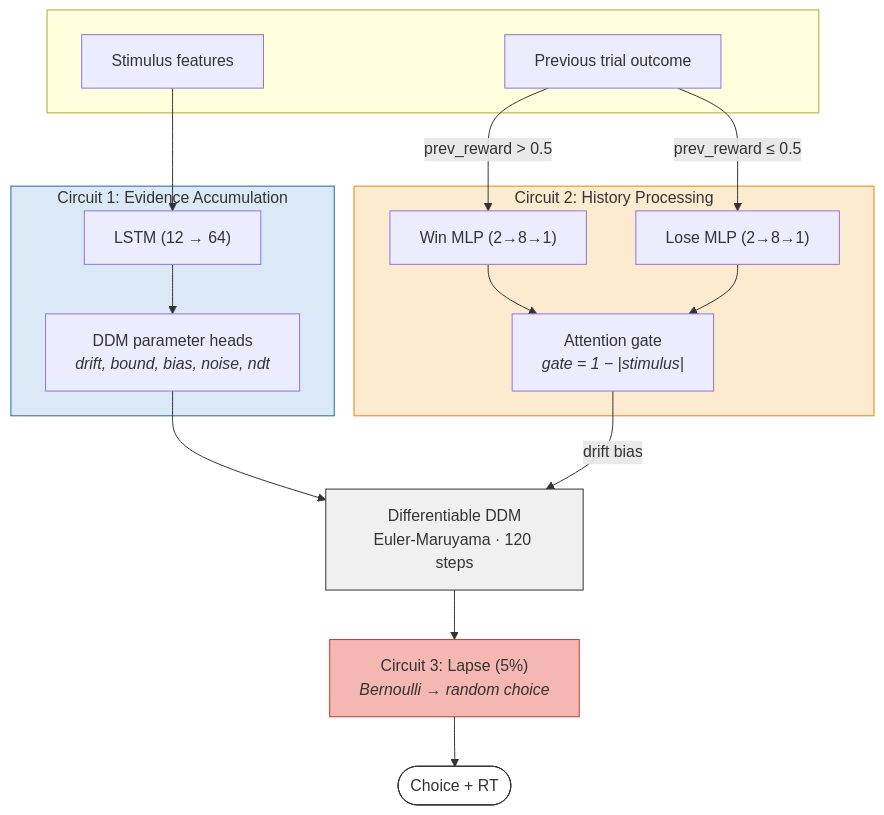
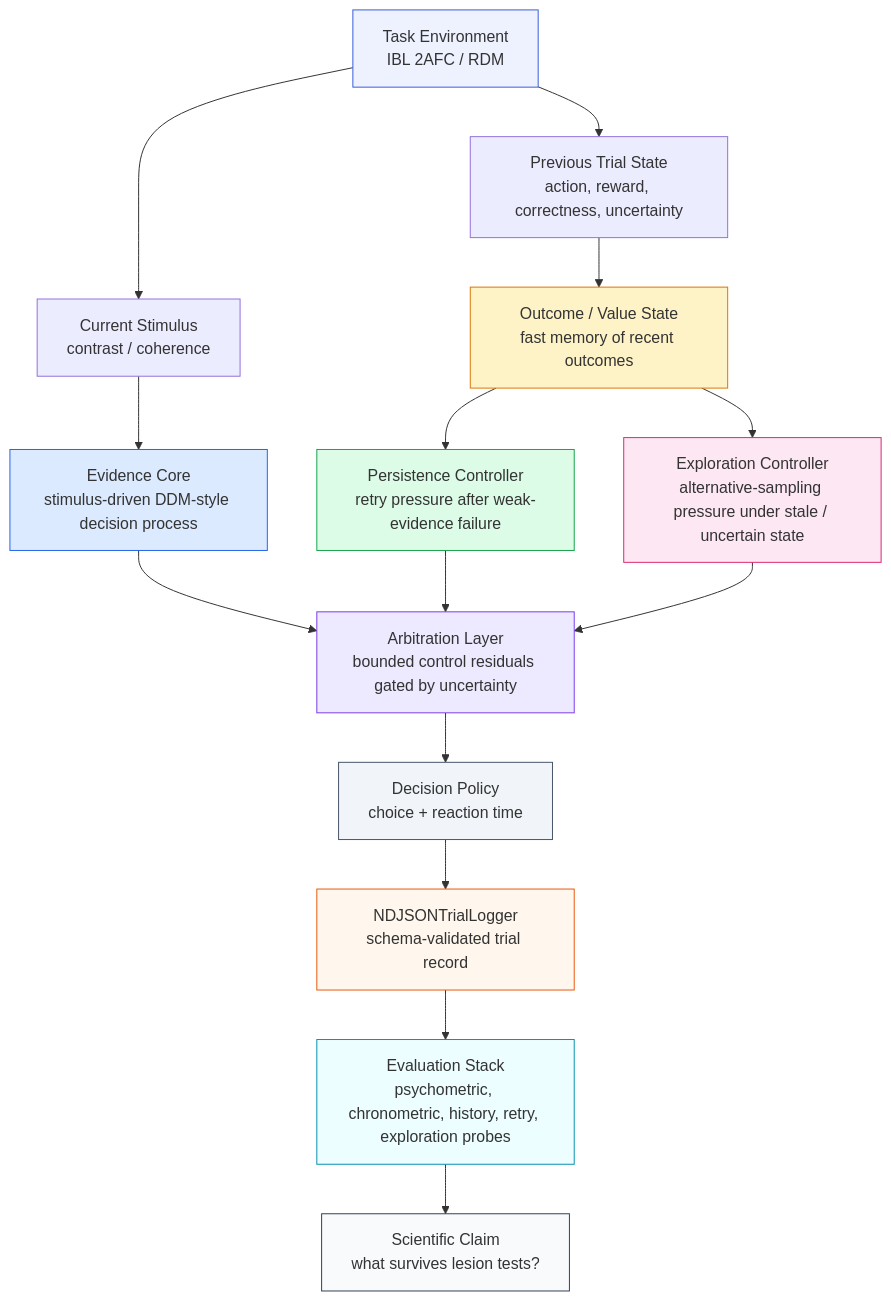
The diagram in README.md (ermanakar/animaltasksim), drawn with Mermaid before and after one commit. The commit also changed other lines of this file and 13 other files, not shown here.

````diff
--- a/README.md
+++ b/README.md
@@ -59,35 +94,32 @@
 ```mermaid
 flowchart TB
-    subgraph inputs [" "]
-        S["Stimulus features"]
-        P["Previous trial outcome"]
-    end
+    T["Task Environment<br/>IBL 2AFC / RDM"] --> S["Current Stimulus<br/>contrast / coherence"]
+    T --> H["Previous Trial State<br/>action, reward, correctness, uncertainty"]
 
-    subgraph C1 ["Circuit 1: Evidence Accumulation"]
-        LSTM["LSTM (12 → 64)"]
-        HEADS["DDM parameter heads<br/><i>drift, bound, bias, noise, ndt</i>"]
-    end
+    S --> E["Evidence Core<br/>stimulus-driven DDM-style decision process"]
+    H --> V["Outcome / Value State<br/>fast memory of recent outcomes"]
 
-    subgraph C2 ["Circuit 2: History Processing"]
-        WIN["Win MLP (2→8→1)"]
-        LOSE["Lose MLP (2→8→1)"]
-        GATE["Attention gate<br/><i>gate = 1 − |stimulus|</i>"]
-    end
+    V --> P["Persistence Controller<br/>retry pressure after weak-evidence failure"]
+    V --> X["Exploration Controller<br/>alternative-sampling pressure under stale / uncertain state"]
 
-    S --> LSTM --> HEADS
-    P -->|"prev_reward > 0.5"| WIN
-    P -->|"prev_reward ≤ 0.5"| LOSE
-    WIN & LOSE --> GATE
+    E --> A["Arbitration Layer<br/>bounded control residuals gated by uncertainty"]
+    P --> A
+    X --> A
 
-    HEADS --> DDM["Differentiable DDM<br/>Euler-Maruyama · 120 steps"]
-    GATE -->|"drift bias"| DDM
+    A --> D["Decision Policy<br/>choice + reaction time"]
+    D --> L["NDJSONTrialLogger<br/>schema-validated trial record"]
+    L --> M["Evaluation Stack<br/>psychometric, chronometric, history, retry, exploration probes"]
 
-    DDM --> LAPSE["Circuit 3: Lapse (5%)<br/><i>Bernoulli → random choice</i>"]
-    LAPSE --> OUT(["Choice + RT"])
+    M --> R["Scientific Claim<br/>what survives lesion tests?"]
 
-    style C1 fill:#dbe9f6,stroke:#2166ac
-    style C2 fill:#fdebd0,stroke:#e6850e
-    style LAPSE fill:#f5b7b1,stroke:#c0392b
-    style DDM fill:#f0f0f0,stroke:#333
-    style OUT fill:#fff,stroke:#333
+    style T fill:#eef2ff,stroke:#3b5bdb
+    style E fill:#dbeafe,stroke:#2563eb
+    style V fill:#fef3c7,stroke:#d97706
+    style P fill:#dcfce7,stroke:#16a34a
+    style X fill:#fce7f3,stroke:#db2777
+    style A fill:#ede9fe,stroke:#7c3aed
+    style D fill:#f1f5f9,stroke:#475569
+    style L fill:#fff7ed,stroke:#ea580c
+    style M fill:#ecfeff,stroke:#0891b2
+    style R fill:#f8fafc,stroke:#334155
 ```
````
